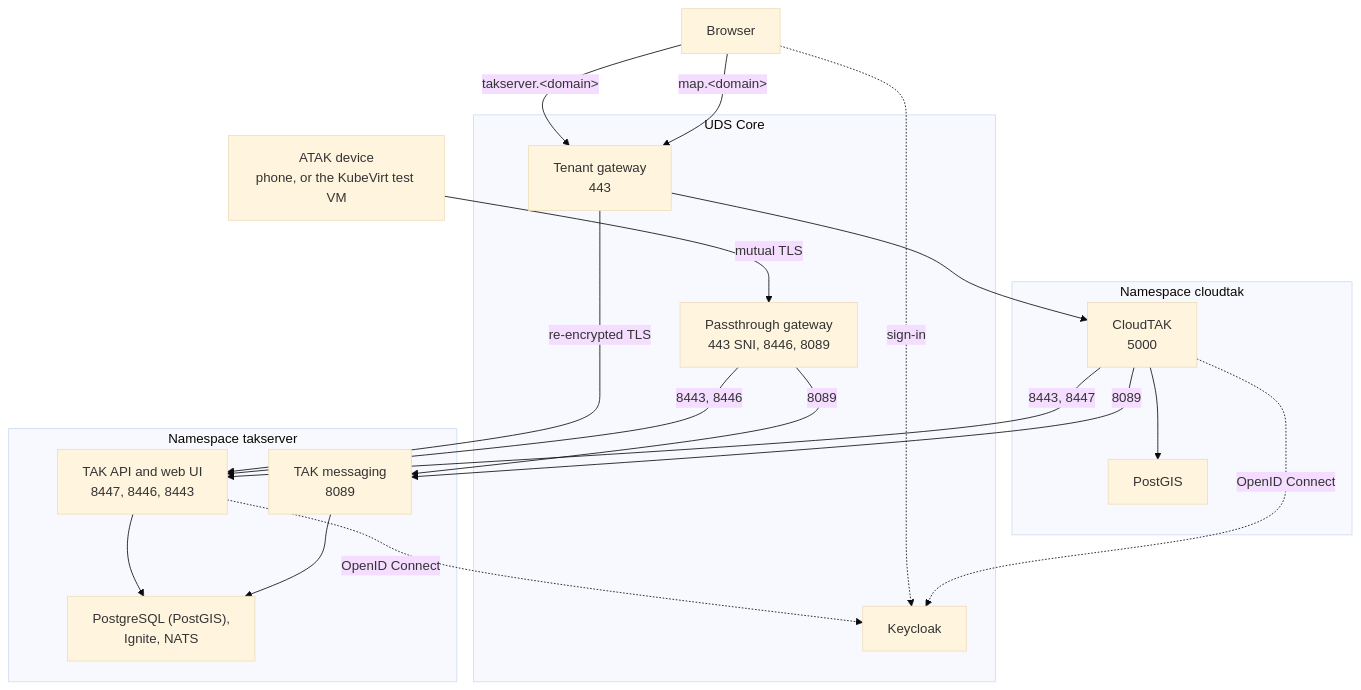
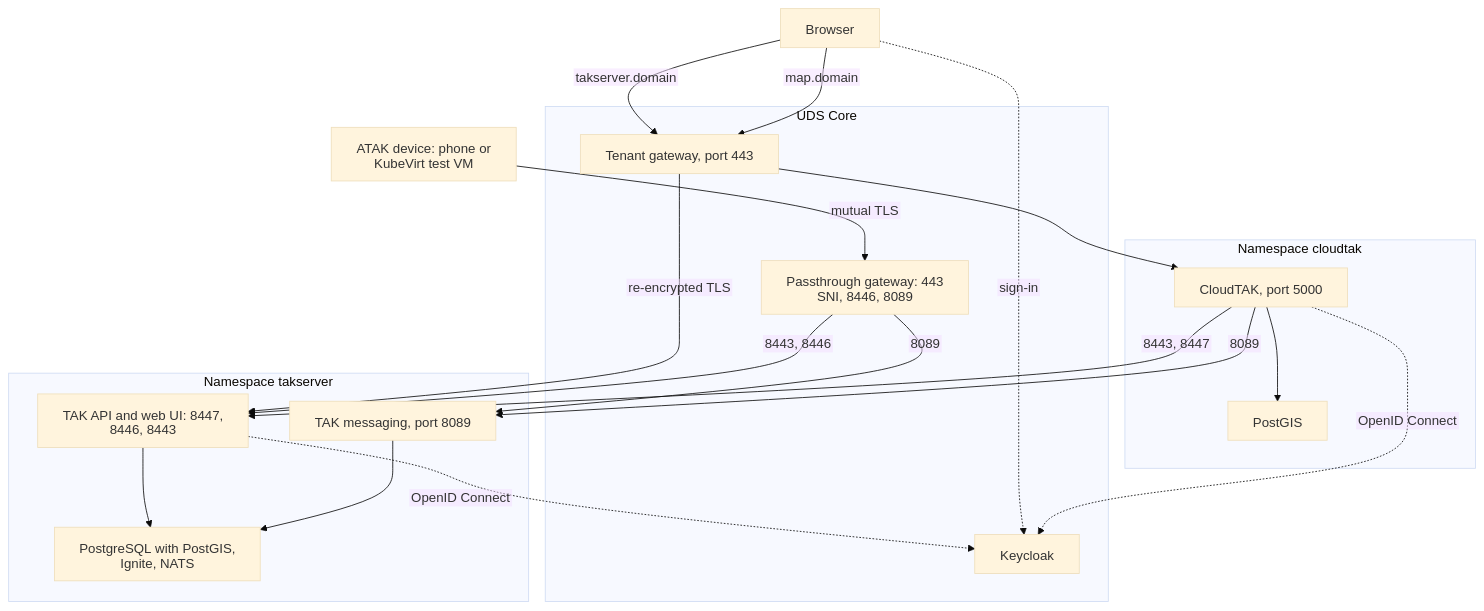
One commit to jonathanagustin/uds-k3d-takserver changed the first of 2 diagrams in README.md. Above: the diagram before and after it, drawn with Mermaid (base theme). The commit also changed other lines of this file and 1 other file, not shown here.

Commit message:
fix: draw the architecture diagrams with plain SVG text (#317)
HTML labels and angle-bracket escapes made GitHub drop the box text.
The diagrams now use htmlLabels false and plain words.

````diff
--- a/README.md
+++ b/README.md
@@ -261,38 +261,39 @@
 ```mermaid
+%%{init: {"htmlLabels": false}}%%
 flowchart TB
   browser["Browser"]
-  atak["ATAK device<br/>phone, or the KubeVirt test VM"]
+  atak["ATAK device: phone or KubeVirt test VM"]
 
   subgraph core["UDS Core"]
-    tenant["Tenant gateway<br/>443"]
-    passthrough["Passthrough gateway<br/>443 SNI, 8446, 8089"]
+    tenant["Tenant gateway, port 443"]
+    passthrough["Passthrough gateway: 443 SNI, 8446, 8089"]
     keycloak["Keycloak"]
   end
 
   subgraph tak["Namespace takserver"]
-    web["TAK API and web UI<br/>8447, 8446, 8443"]
-    messaging["TAK messaging<br/>8089"]
-    backing["PostgreSQL (PostGIS),<br/>Ignite, NATS"]
+    web["TAK API and web UI: 8447, 8446, 8443"]
+    messaging["TAK messaging, port 8089"]
+    backing["PostgreSQL with PostGIS, Ignite, NATS"]
   end
 
   subgraph ct["Namespace cloudtak"]
-    cloudtak["CloudTAK<br/>5000"]
+    cloudtak["CloudTAK, port 5000"]
     ctdb["PostGIS"]
   end
 
-  browser -- "takserver.#60;domain#62;" --> tenant
-  browser -- "map.#60;domain#62;" --> tenant
+  browser -- "takserver.domain" --> tenant
+  browser -- "map.domain" --> tenant
   browser -. "sign-in" .-> keycloak
   atak -- "mutual TLS" --> passthrough
   tenant -- "re-encrypted TLS" --> web
   tenant --> cloudtak
   passthrough -- "8443, 8446" --> web
   passthrough -- "8089" --> messaging
   web --> backing
   messaging --> backing
   cloudtak -- "8443, 8447" --> web
   cloudtak -- "8089" --> messaging
   cloudtak --> ctdb
   web -. "OpenID Connect" .-> keycloak
   cloudtak -. "OpenID Connect" .-> keycloak
 ```
````
